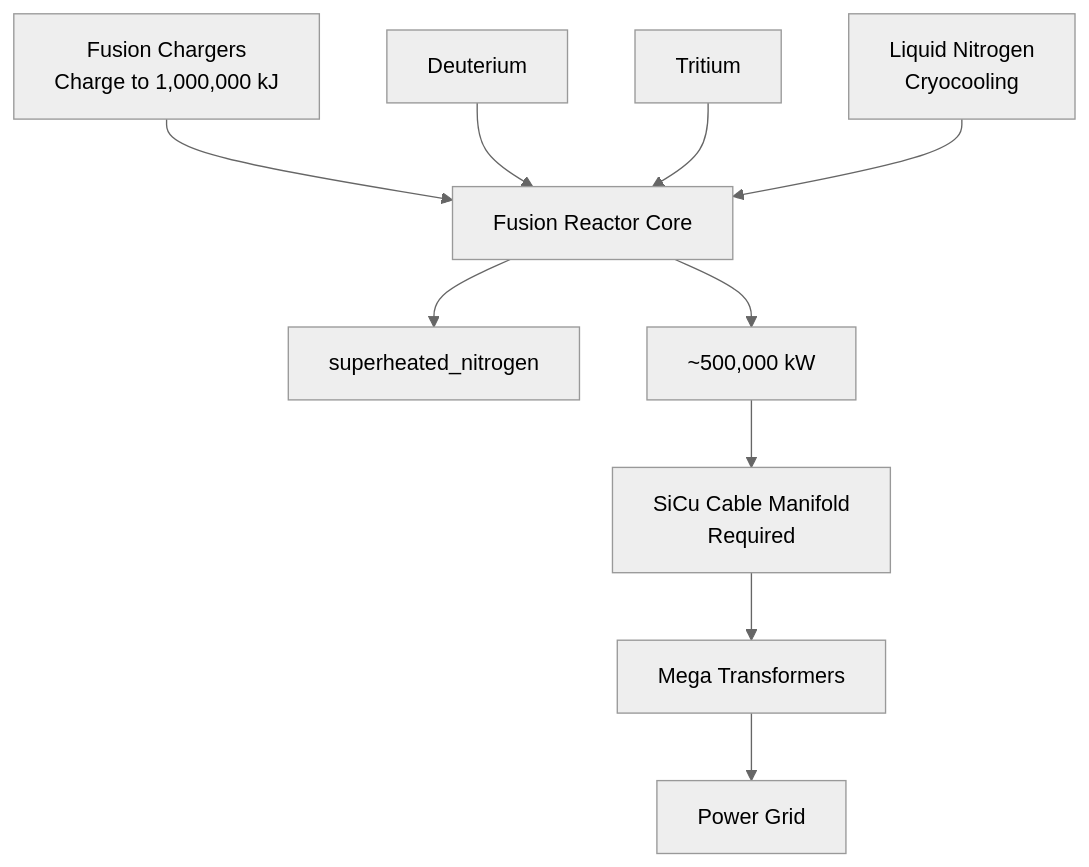
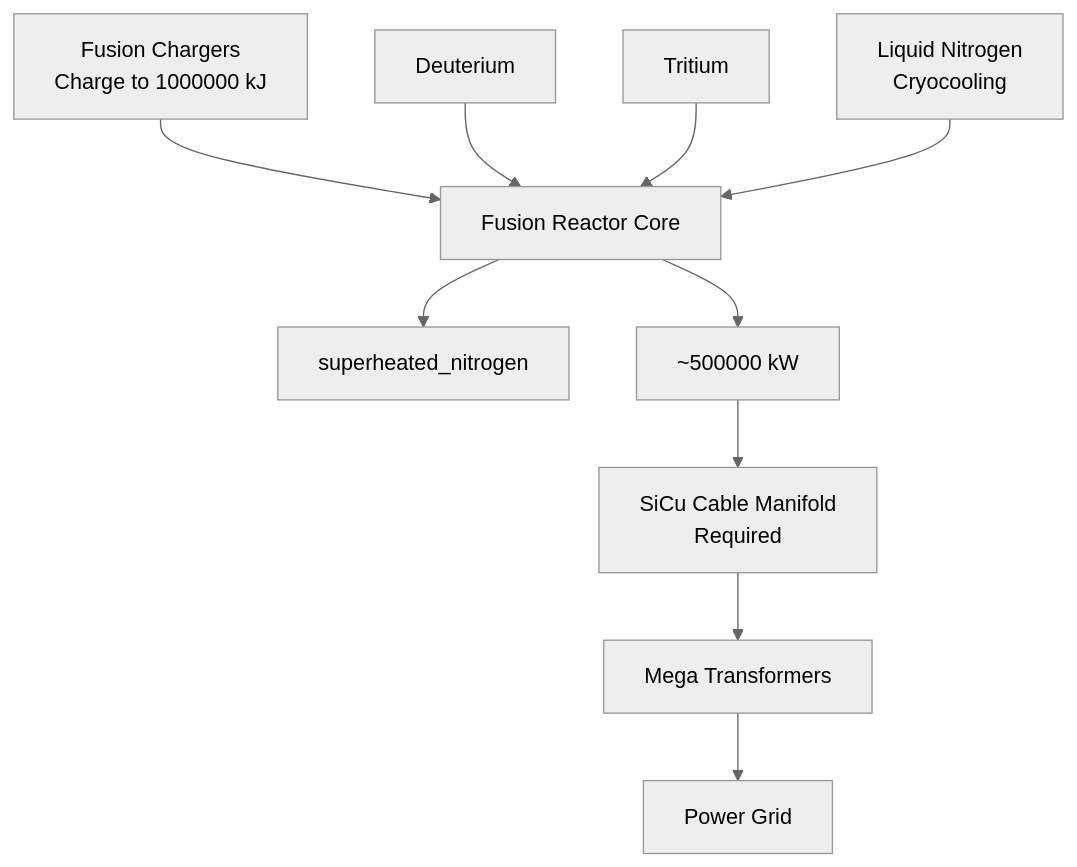
Before and after one commit to pourgb/root.works: diagram 20 of 28 in WIKI.md, drawn with Mermaid (neutral theme). The commit also changed other lines of this file, not shown here.

Commit message:
FUCK MERMAID, FUCK THE GUY WHO INVENTED MERMAID BULLSHIT

````diff
--- a/WIKI.md
+++ b/WIKI.md
@@ -722,12 +722,12 @@
 ```mermaid
 flowchart TD
-    Charger["Fusion Chargers<br/> Charge to 1,000,000 kJ"] --> FusionCore[Fusion Reactor Core]
+    Charger["Fusion Chargers<br/> Charge to 1000000 kJ"] --> FusionCore[Fusion Reactor Core]
     Deuterium --> FusionCore
     Tritium --> FusionCore
     LiqN2["Liquid Nitrogen<br/>Cryocooling"] --> FusionCore
     FusionCore --> SuperN2[superheated_nitrogen]
-    FusionCore --> MassivePower["~500,000 kW"]
+    FusionCore --> MassivePower["~500000 kW"]
     MassivePower --> SiCu["SiCu Cable Manifold<br/>Required"]
     SiCu --> MegaTx[Mega Transformers]
     MegaTx --> Grid[Power Grid]
 ```
````
